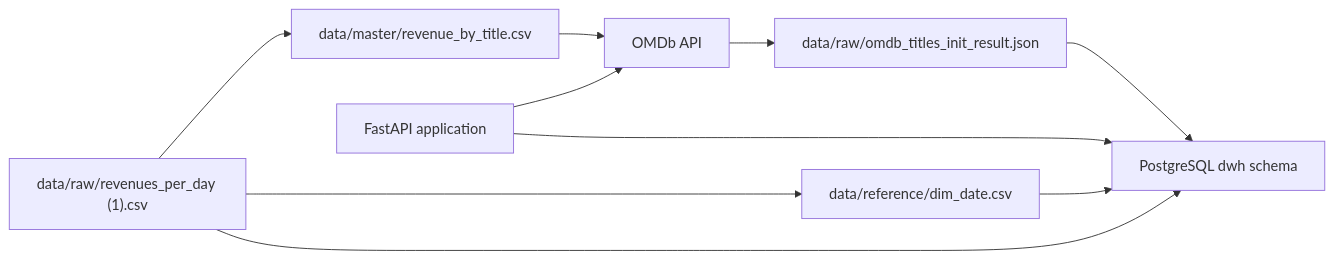
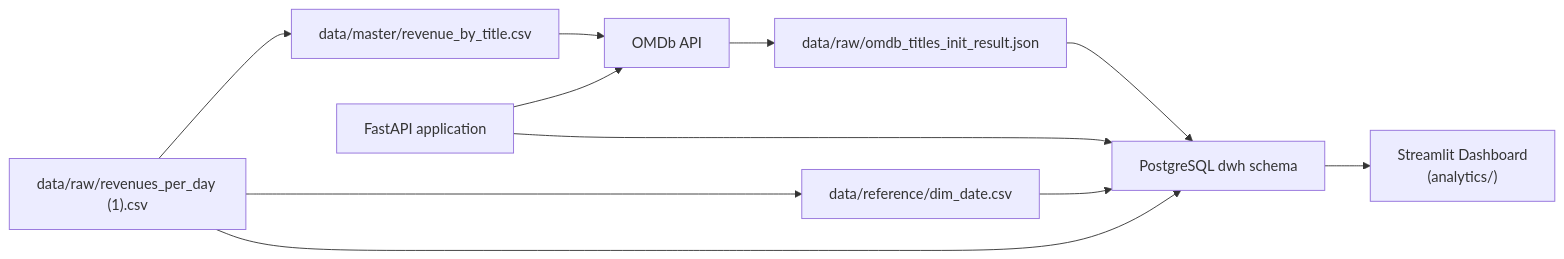
One commit to MarcinKurek4/FM changed the first of 4 diagrams in README.md. Above: the diagram before and after it, drawn with Mermaid. The commit also changed other lines of this file and 10 other files, not shown here.

````diff
--- a/README.md
+++ b/README.md
@@ -27,20 +27,22 @@
 ```mermaid
 flowchart LR
     RawRevenue["data/raw/revenues_per_day (1).csv"]
     TitleMaster["data/master/revenue_by_title.csv"]
     OMDb["OMDb API"]
     OMDbJson["data/raw/omdb_titles_init_result.json"]
     DateCsv["data/reference/dim_date.csv"]
     API["FastAPI application"]
     DWH["PostgreSQL dwh schema"]
+    Dashboard["Streamlit Dashboard\n(analytics/)"]
 
     RawRevenue --> TitleMaster
     TitleMaster --> OMDb
     OMDb --> OMDbJson
     RawRevenue --> DateCsv
     DateCsv --> DWH
     OMDbJson --> DWH
     RawRevenue --> DWH
     API --> OMDb
     API --> DWH
+    DWH --> Dashboard
 ```
````
